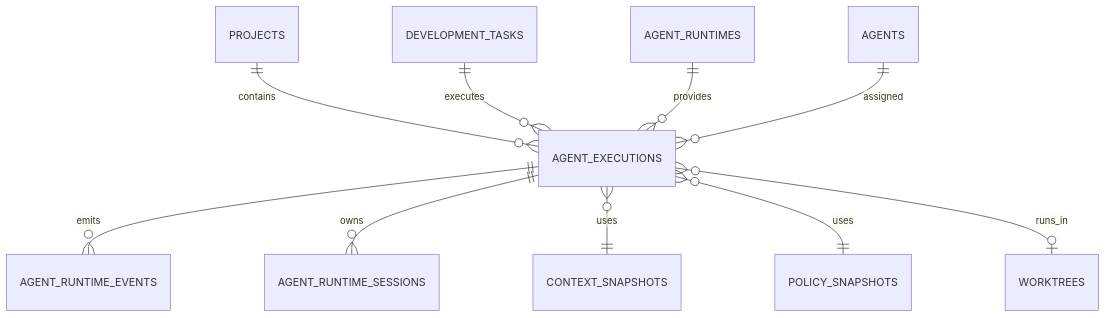
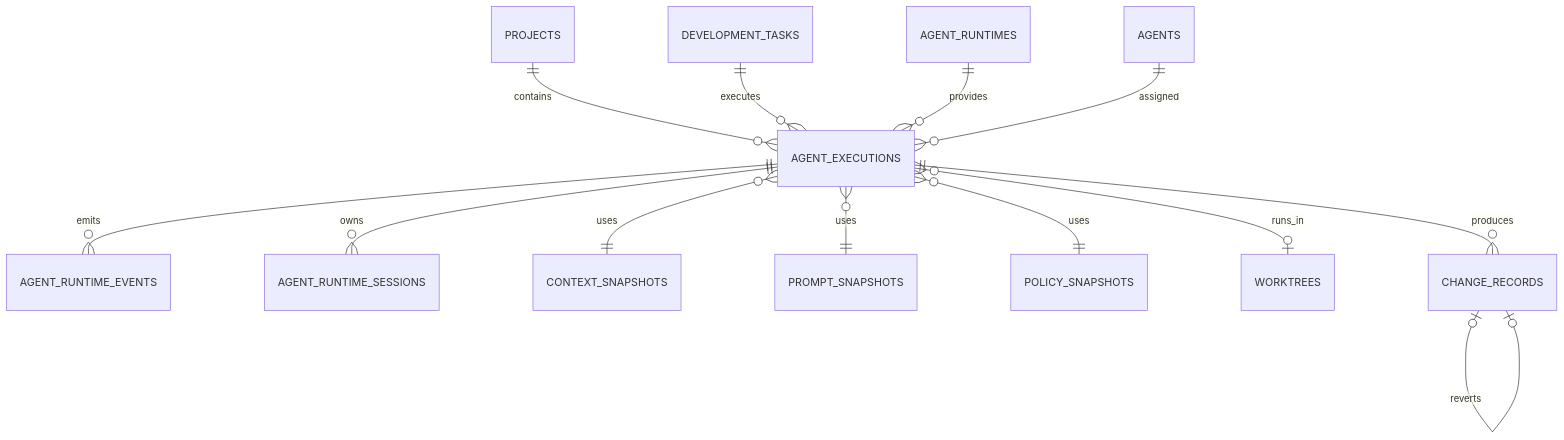
The fourth of 5 diagrams in doc/DocuFlow AI Agent Runtime 与 Hermes Agent 集成设计 V1.0.md (fengjutian/DocuFlowAI), drawn with Mermaid before and after one commit. The commit also changed other lines of this file, not shown here.

Commit message:
Add binding between prompts and code changes, including rollback strategies and audit records

````diff
--- a/doc/DocuFlow AI Agent Runtime 与 Hermes Agent 集成设计 V1.0.md
+++ b/doc/DocuFlow AI Agent Runtime 与 Hermes Agent 集成设计 V1.0.md
@@ -842,12 +977,15 @@
 ```mermaid
 erDiagram
     PROJECTS ||--o{ AGENT_EXECUTIONS : contains
     DEVELOPMENT_TASKS ||--o{ AGENT_EXECUTIONS : executes
     AGENT_RUNTIMES ||--o{ AGENT_EXECUTIONS : provides
     AGENT_EXECUTIONS ||--o{ AGENT_RUNTIME_EVENTS : emits
     AGENT_EXECUTIONS ||--o{ AGENT_RUNTIME_SESSIONS : owns
     AGENT_EXECUTIONS }o--|| CONTEXT_SNAPSHOTS : uses
+    AGENT_EXECUTIONS }o--|| PROMPT_SNAPSHOTS : uses
     AGENT_EXECUTIONS }o--|| POLICY_SNAPSHOTS : uses
     AGENT_EXECUTIONS }o--o| WORKTREES : runs_in
+    AGENT_EXECUTIONS ||--o{ CHANGE_RECORDS : produces
+    CHANGE_RECORDS o|--o| CHANGE_RECORDS : reverts
     AGENTS ||--o{ AGENT_EXECUTIONS : assigned
 ```
````
